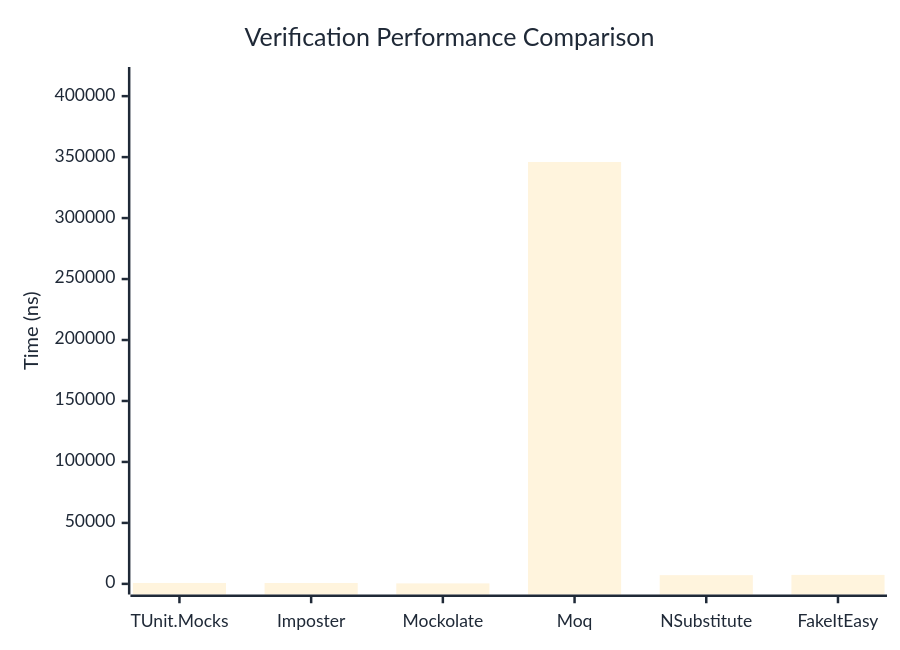
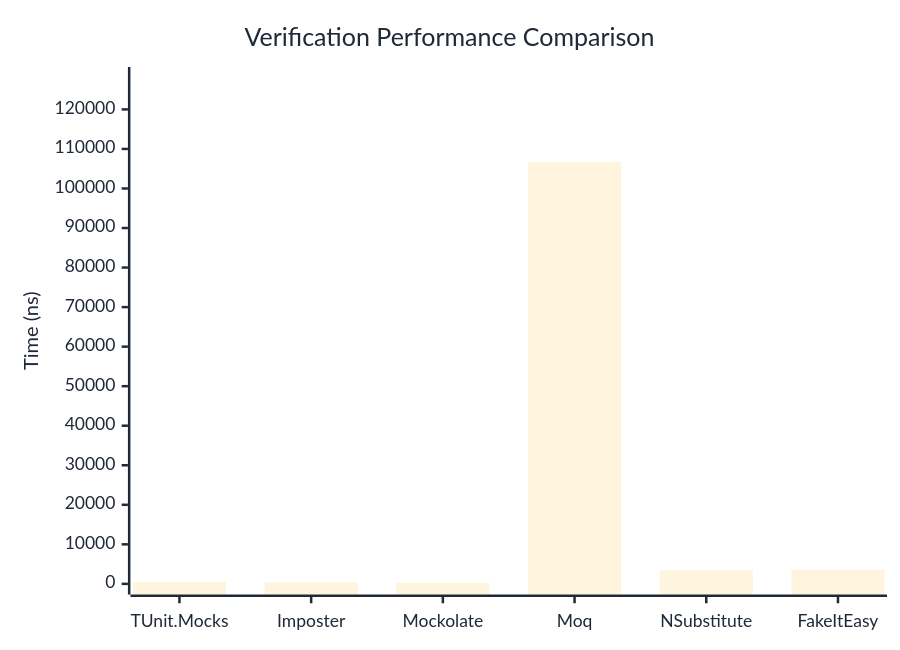
Before and after one commit to thomhurst/TUnit: the first of 3 diagrams in docs/docs/benchmarks/mocks/Verification.md, drawn with Mermaid. The commit also changed other lines of this file and 14 other files, not shown here.

````diff
--- a/docs/docs/benchmarks/mocks/Verification.md
+++ b/docs/docs/benchmarks/mocks/Verification.md
@@ -30,27 +30,27 @@
 ```mermaid
 %%{init: {
   'theme':'base',
   'themeVariables': {
     'primaryColor': '#2563eb',
     'primaryTextColor': '#1f2937',
     'primaryBorderColor': '#1e40af',
     'lineColor': '#6b7280',
     'secondaryColor': '#7c3aed',
     'tertiaryColor': '#dc2626',
     'background': '#ffffff',
     'pie1': '#2563eb',
     'pie2': '#7c3aed',
     'pie3': '#dc2626',
     'pie4': '#f59e0b',
     'pie5': '#10b981',
     'pie6': '#06b6d4',
     'pie7': '#ec4899',
     'pie8': '#6366f1'
   }
 }}%%
 xychart-beta
   title "Verification Performance Comparison"
   x-axis ["TUnit.Mocks", "Imposter", "Mockolate", "Moq", "NSubstitute", "FakeItEasy"]
-  y-axis "Time (ns)" 0 --> 415186
-  bar [757.85, 706.52, 397.49, 345988.31, 7143.28, 7357.06]
+  y-axis "Time (ns)" 0 --> 128036
+  bar [427.66, 388.42, 252.62, 106695.92, 3439.95, 3569.49]
 ```
````
